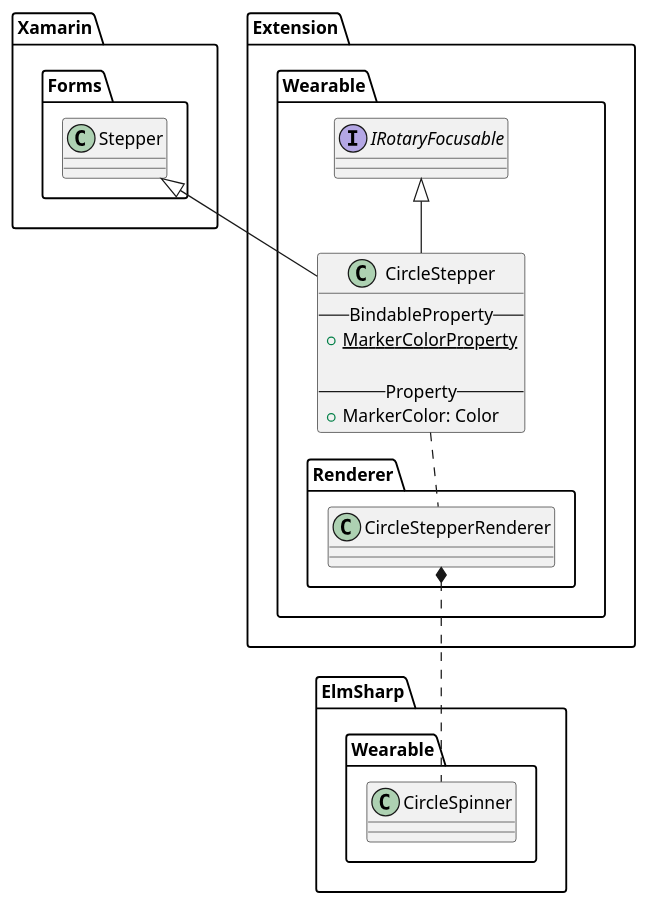
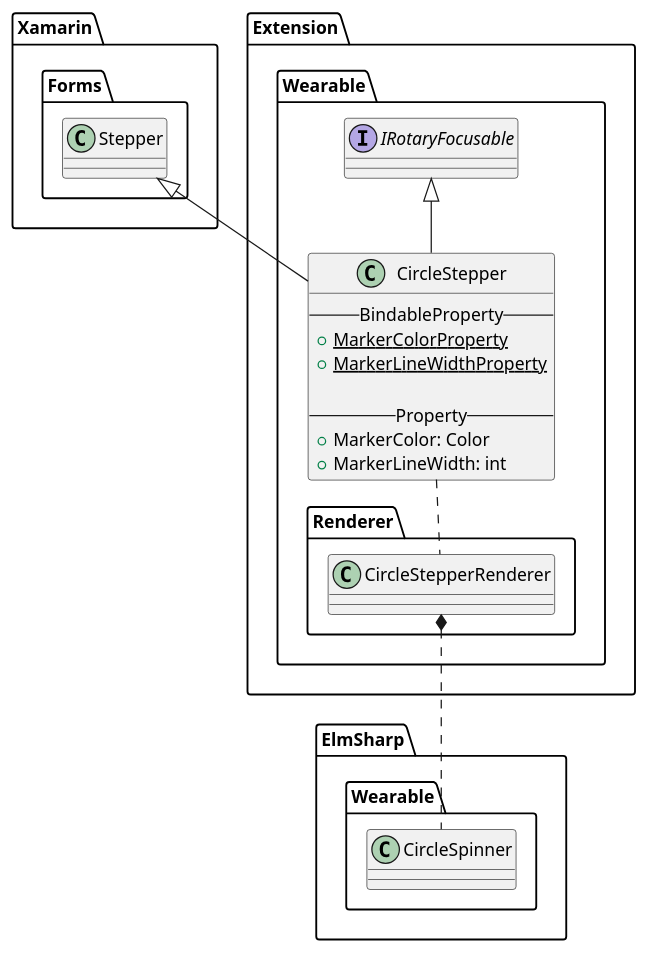
Diagram 12 of 15 in doc/design/uml/CirclePage.wsd (Samsung/Tizen.CircularUI), drawn with PlantUML before and after one commit. The commit also changed 7 other files, not shown here.

First line of the commit message:
[CircleStepper] add MarkerLineWidth and remove debug log (#25)

```diff
--- a/doc/design/uml/CirclePage.wsd
+++ b/doc/design/uml/CirclePage.wsd
@@ -357,30 +357,32 @@
 @startuml CircleStepper.png
 
 package "Xamarin.Forms" {
     class Stepper
 }
 
 package "Extension.Wearable" {
     interface IRotaryFocusable
     class CircleStepper {
         --BindableProperty--
         {static} +MarkerColorProperty
+        {static} +MarkerLineWidthProperty
 
         --Property--
         +MarkerColor: Color
+        +MarkerLineWidth: int
     }
 
     CircleStepper -u-|> Stepper
     CircleStepper -u-|> IRotaryFocusable
 }
 
 package "Extension.Wearable.Renderer" {
     class CircleStepperRenderer
     CircleStepperRenderer .u. CircleStepper
 }
 
 package "ElmSharp.Wearable" {
     class CircleSpinner
     CircleStepperRenderer *.d. CircleSpinner
 }
 @enduml
```
